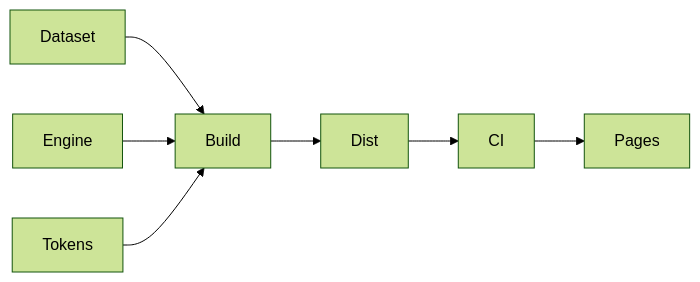
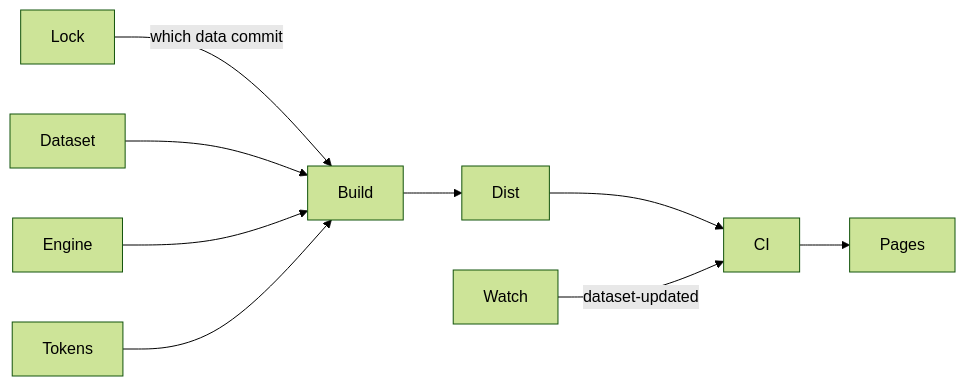
The second of 3 diagrams in docs/spine/ARCHITECTURE.md (OytunOnal/permit-rulebook), drawn with Mermaid (forest theme) before and after one commit. The commit also changed other lines of this file and 5 other files, not shown here.

````diff
--- a/docs/spine/ARCHITECTURE.md
+++ b/docs/spine/ARCHITECTURE.md
@@ -19,7 +19,9 @@
 ```mermaid
 flowchart LR
+    Lock -->|which data commit| Build
     Dataset --> Build
     Engine --> Build
     Tokens --> Build
     Build --> Dist --> CI --> Pages
+    Watch -->|dataset-updated| CI
 ```
````
